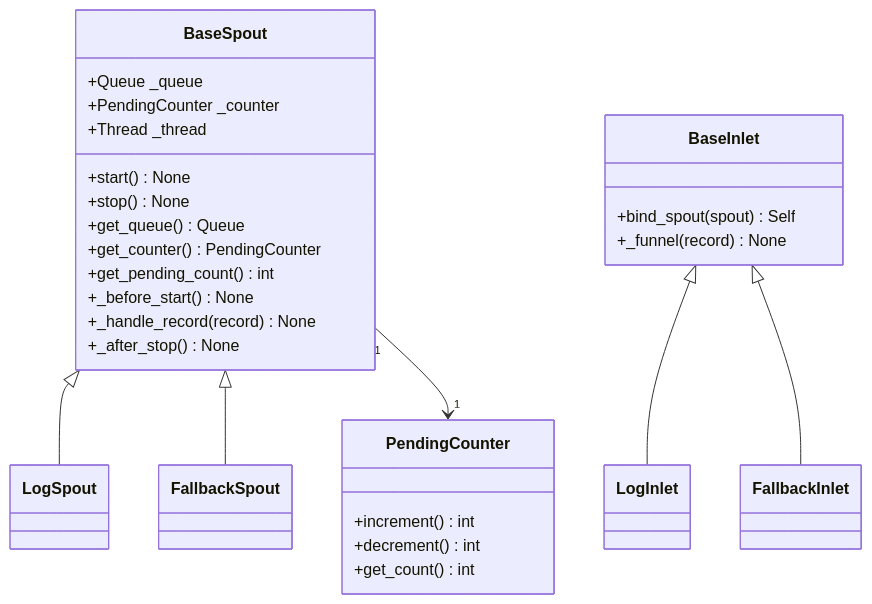
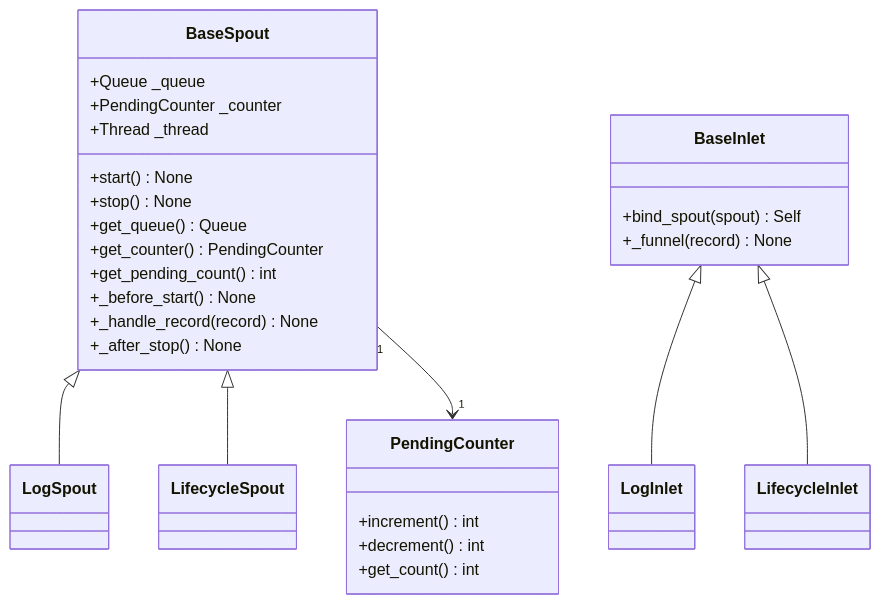
One commit to Mr-xiaotian/CelestialFlow changed the diagram in docs/zh-CN/src/funnel/__init__.md. Above: the diagram before and after it, drawn with Mermaid. The commit also changed other lines of this file and 71 other files, not shown here.

````diff
--- a/docs/zh-CN/src/funnel/__init__.md
+++ b/docs/zh-CN/src/funnel/__init__.md
@@ -34,39 +34,39 @@
 ```mermaid
 classDiagram
     class BaseSpout {
         +Queue _queue
         +PendingCounter _counter
         +Thread _thread
         +start() None
         +stop() None
         +get_queue() Queue
         +get_counter() PendingCounter
         +get_pending_count() int
         +_before_start() None
         +_handle_record(record) None
         +_after_stop() None
     }
     class BaseInlet {
         +bind_spout(spout) Self
         +_funnel(record) None
     }
     class PendingCounter {
         +increment() int
         +decrement() int
         +get_count() int
     }
     class LogSpout {
     }
-    class FallbackSpout {
+    class LifecycleSpout {
     }
     class LogInlet {
     }
-    class FallbackInlet {
+    class LifecycleInlet {
     }
 
     BaseSpout <|-- LogSpout
-    BaseSpout <|-- FallbackSpout
+    BaseSpout <|-- LifecycleSpout
     BaseInlet <|-- LogInlet
-    BaseInlet <|-- FallbackInlet
+    BaseInlet <|-- LifecycleInlet
     BaseSpout "1" --> "1" PendingCounter
 ```
````
